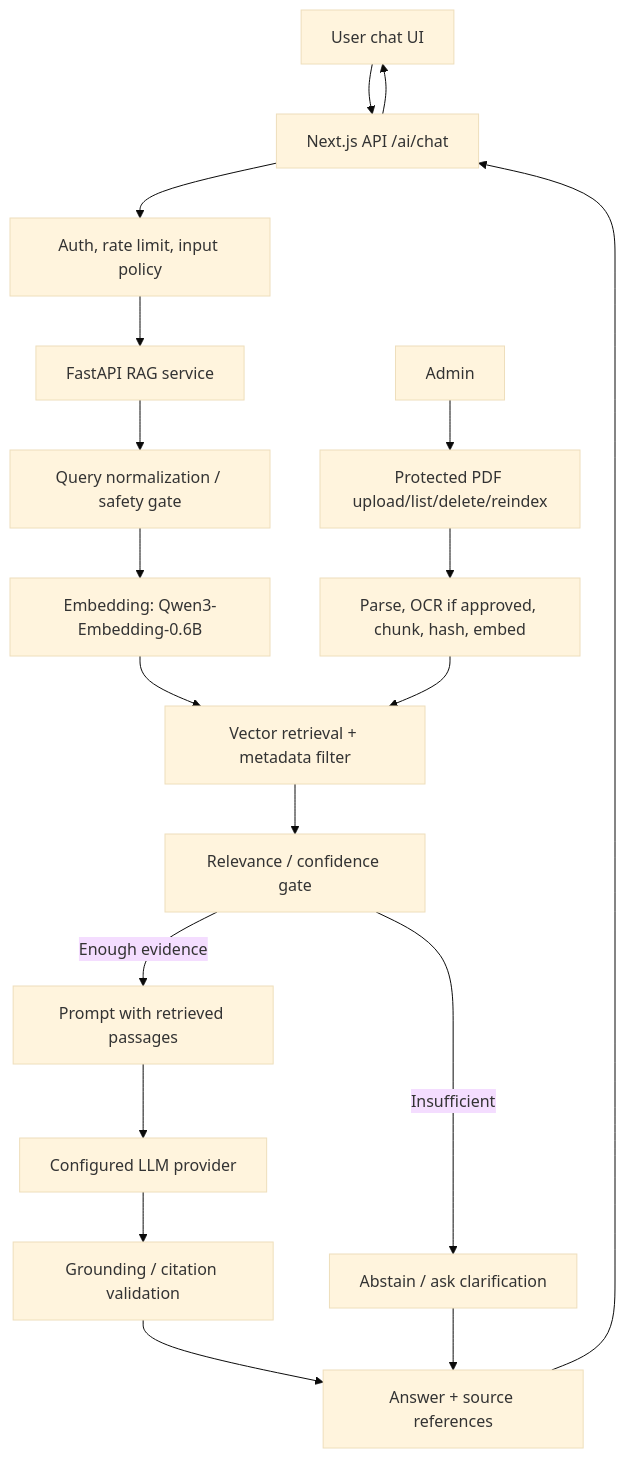
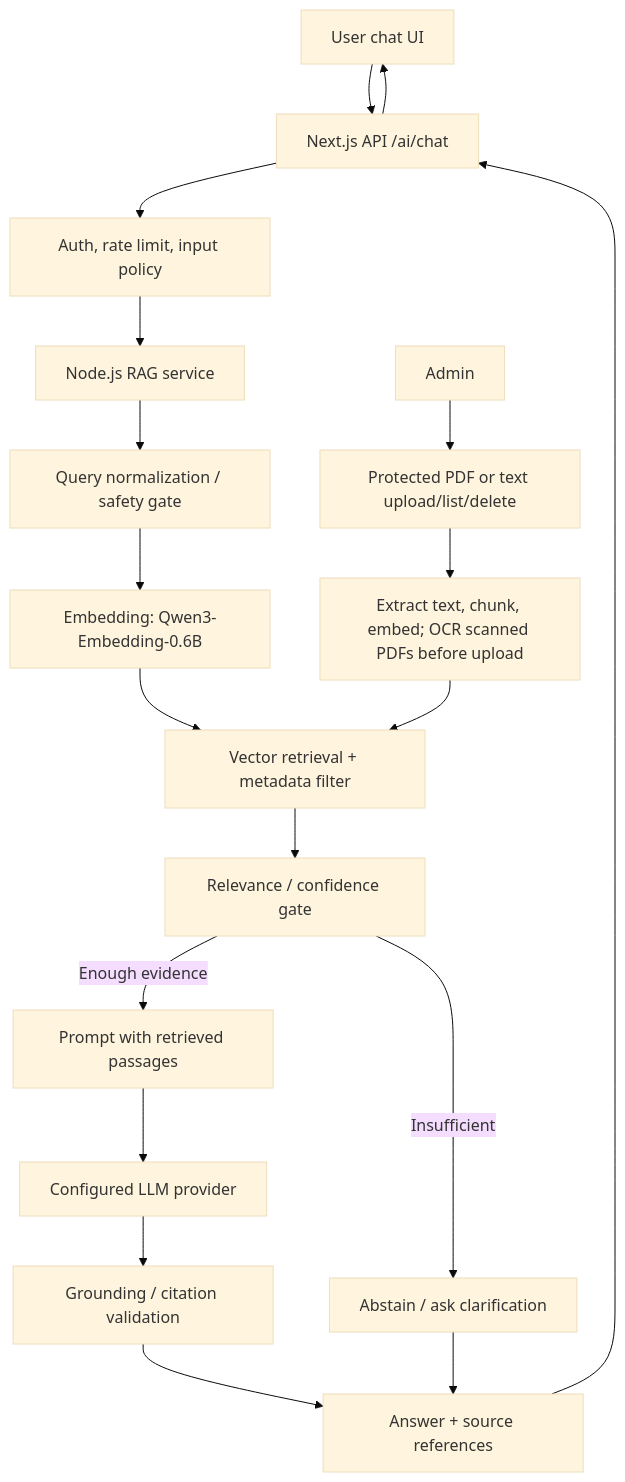
The diagram in docs/06-AI-ARCHITECTURE.md (zaaammmmm/SISKA), drawn with Mermaid (base theme) before and after one commit. The commit also changed other lines of this file and 51 other files, not shown here.

````diff
--- a/docs/06-AI-ARCHITECTURE.md
+++ b/docs/06-AI-ARCHITECTURE.md
@@ -7,21 +7,21 @@
 ```mermaid
 flowchart TD
   U[User chat UI] --> W[Next.js API /ai/chat]
   W --> A[Auth, rate limit, input policy]
-  A --> R[FastAPI RAG service]
+  A --> R[Node.js RAG service]
   R --> Q[Query normalization / safety gate]
   Q --> E[Embedding: Qwen3-Embedding-0.6B]
   E --> V[Vector retrieval + metadata filter]
   V --> G[Relevance / confidence gate]
   G -->|Enough evidence| P[Prompt with retrieved passages]
   G -->|Insufficient| AB[Abstain / ask clarification]
   P --> L[Configured LLM provider]
   L --> C[Grounding / citation validation]
   C --> O[Answer + source references]
   AB --> O
   O --> W
   W --> U
-  AD[Admin] --> KB[Protected PDF upload/list/delete/reindex]
-  KB --> I[Parse, OCR if approved, chunk, hash, embed]
+  AD[Admin] --> KB[Protected PDF or text upload/list/delete]
+  KB --> I[Extract text, chunk, embed; OCR scanned PDFs before upload]
   I --> V
 ```
````
